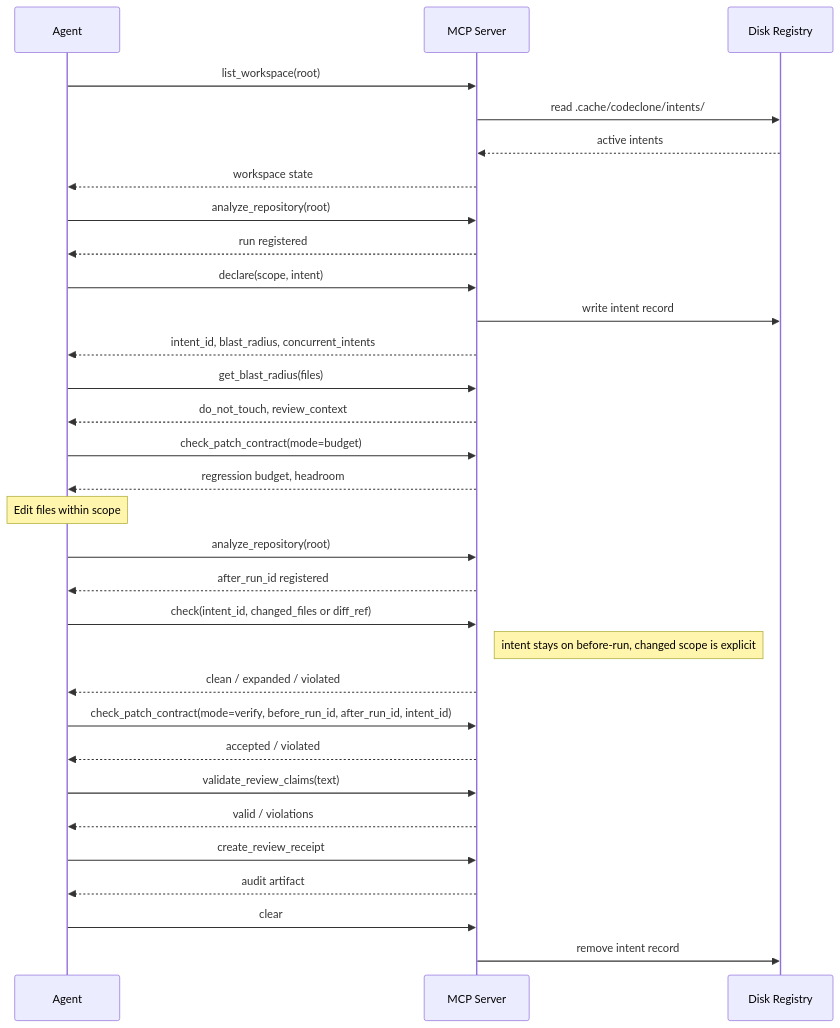
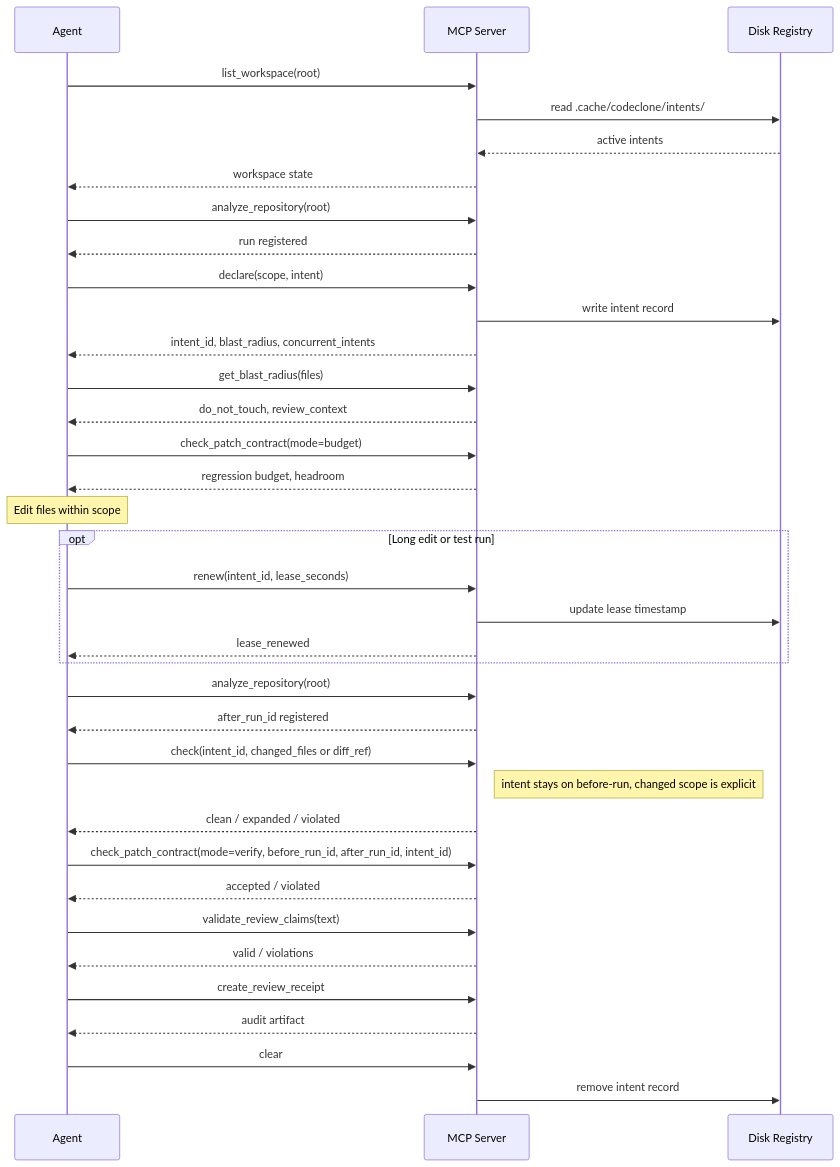
One commit to orenlab/codeclone changed the fourth of 4 diagrams in docs/mcp.md. Above: the diagram before and after it, drawn with Mermaid. The commit also changed other lines of this file and 9 other files, not shown here.

````diff
--- a/docs/mcp.md
+++ b/docs/mcp.md
@@ -271,45 +271,50 @@
 ```mermaid
 sequenceDiagram
     participant A as Agent
     participant M as MCP Server
     participant D as Disk Registry
 
     A->>M: list_workspace(root)
     M->>D: read .cache/codeclone/intents/
     D-->>M: active intents
     M-->>A: workspace state
 
     A->>M: analyze_repository(root)
     M-->>A: run registered
 
     A->>M: declare(scope, intent)
     M->>D: write intent record
     M-->>A: intent_id, blast_radius, concurrent_intents
 
     A->>M: get_blast_radius(files)
     M-->>A: do_not_touch, review_context
 
     A->>M: check_patch_contract(mode=budget)
     M-->>A: regression budget, headroom
 
     Note over A: Edit files within scope
+    opt Long edit or test run
+        A->>M: renew(intent_id, lease_seconds)
+        M->>D: update lease timestamp
+        M-->>A: lease_renewed
+    end
 
     A->>M: analyze_repository(root)
     M-->>A: after_run_id registered
 
     A->>M: check(intent_id, changed_files or diff_ref)
     Note right of M: intent stays on before-run, changed scope is explicit
     M-->>A: clean / expanded / violated
 
     A->>M: check_patch_contract(mode=verify, before_run_id, after_run_id, intent_id)
     M-->>A: accepted / violated
 
     A->>M: validate_review_claims(text)
     M-->>A: valid / violations
 
     A->>M: create_review_receipt
     M-->>A: audit artifact
 
     A->>M: clear
     M->>D: remove intent record
 ```
````
